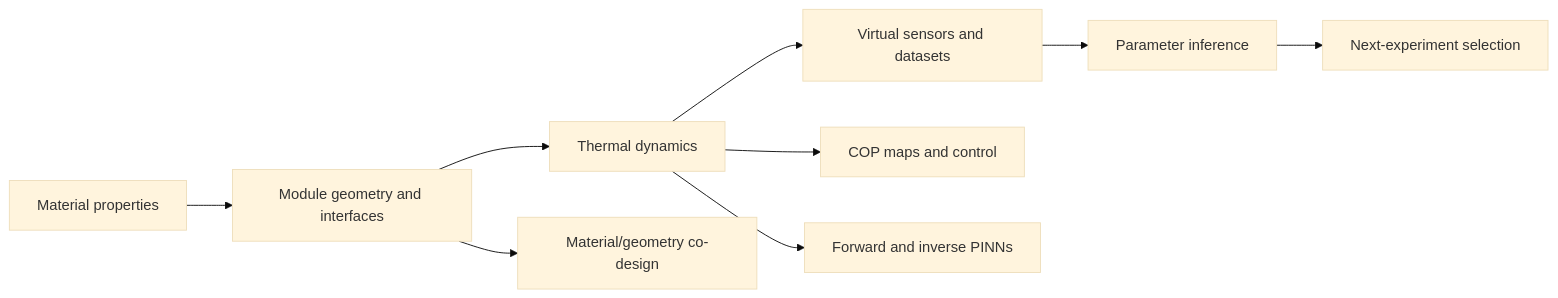
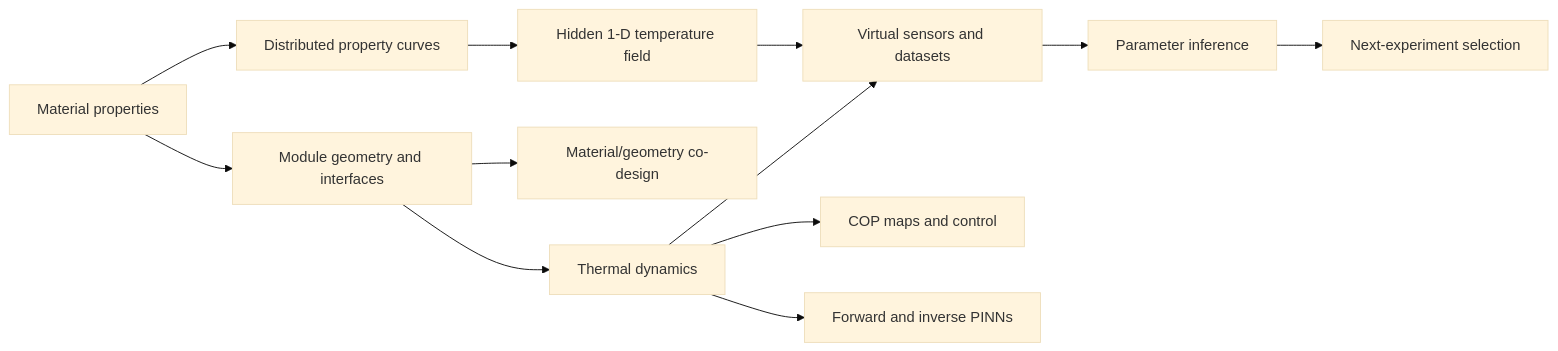
The diagram in README.md (rolandrolandroland/thermotwin), drawn with Mermaid (base theme) before and after one commit. The commit also changed other lines of this file and 28 other files, not shown here.

````diff
--- a/README.md
+++ b/README.md
@@ -27,11 +27,14 @@
 ```mermaid
 flowchart LR
     A["Material properties"] --> B["Module geometry and interfaces"]
     B --> C["Thermal dynamics"]
     C --> D["Virtual sensors and datasets"]
     D --> E["Parameter inference"]
     E --> F["Next-experiment selection"]
     C --> G["COP maps and control"]
     B --> H["Material/geometry co-design"]
     C --> I["Forward and inverse PINNs"]
+    A --> J["Distributed property curves"]
+    J --> K["Hidden 1-D temperature field"]
+    K --> D
 ```
````
